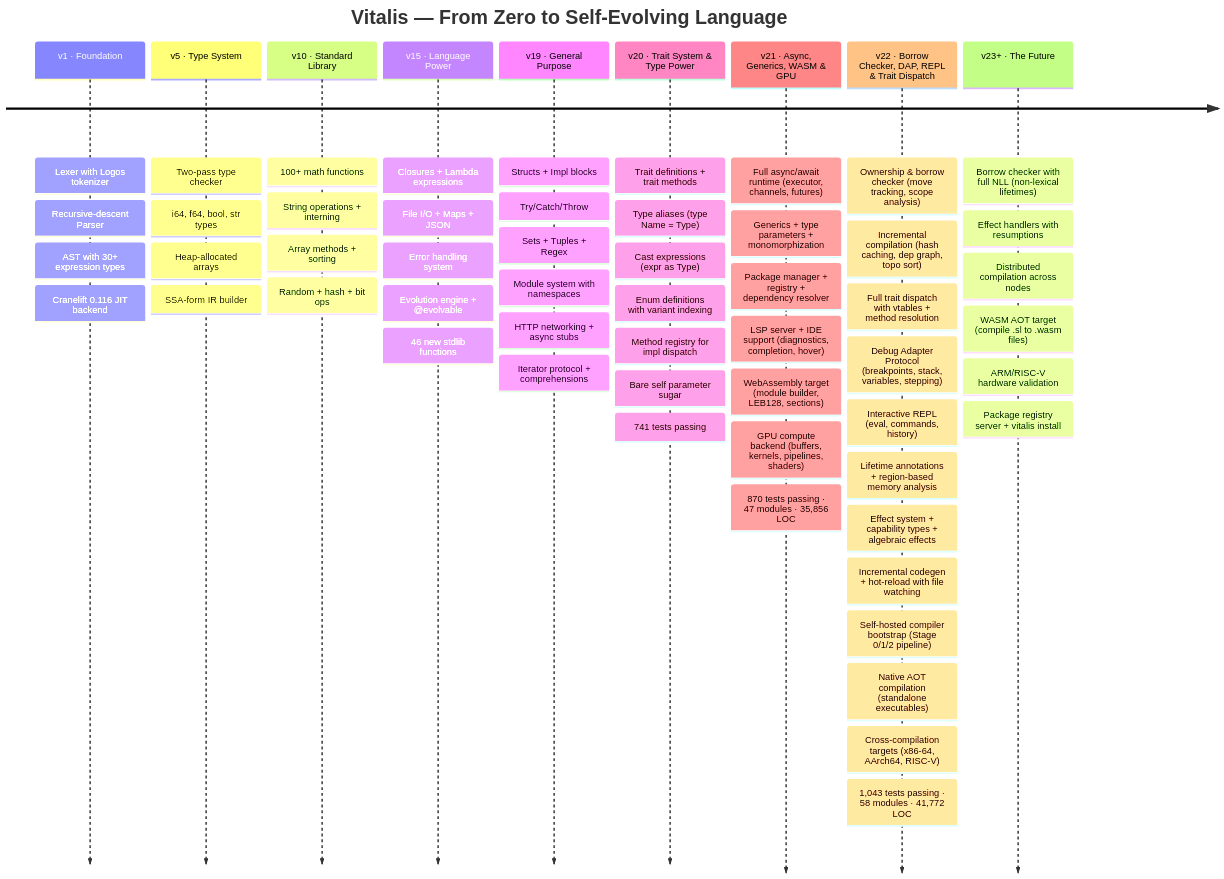
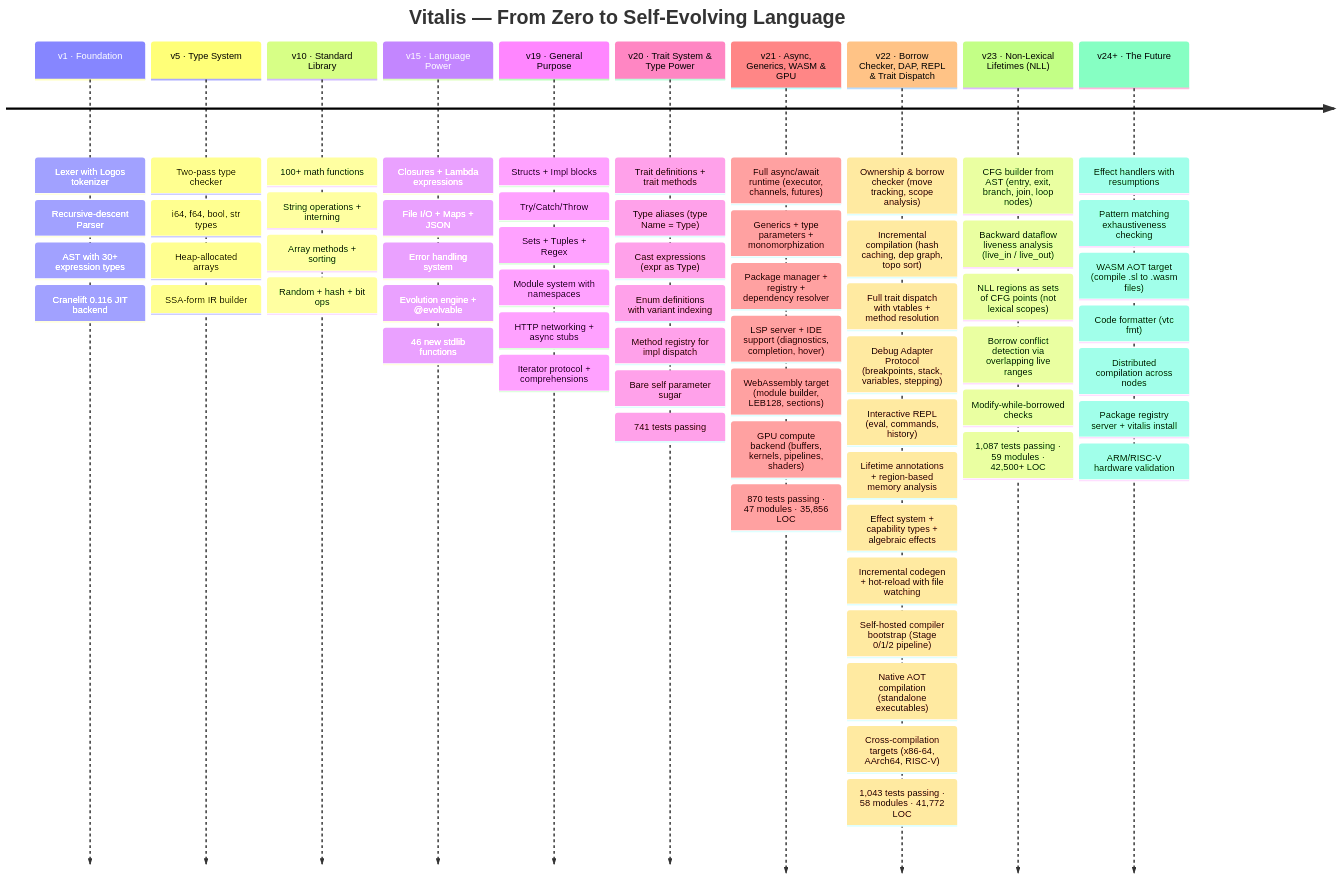
The seventh of 7 diagrams in README.md (ModernOps888/vitalis), drawn with Mermaid before and after one commit. The commit also changed other lines of this file and 9 other files, not shown here.

First line of the commit message:
v23.0.0: Non-Lexical Lifetimes (NLL) — CFG-based borrow analysis

````diff
--- a/README.md
+++ b/README.md
@@ -1057,11 +1059,20 @@
         : Cross-compilation targets (x86-64, AArch64, RISC-V)
         : 1,043 tests passing · 58 modules · 41,772 LOC
 
-    v23+ · The Future
-        : Borrow checker with full NLL (non-lexical lifetimes)
+    v23 · Non-Lexical Lifetimes (NLL)
+        : CFG builder from AST (entry, exit, branch, join, loop nodes)
+        : Backward dataflow liveness analysis (live_in / live_out)
+        : NLL regions as sets of CFG points (not lexical scopes)
+        : Borrow conflict detection via overlapping live ranges
+        : Modify-while-borrowed checks
+        : 1,087 tests passing · 59 modules · 42,500+ LOC
+
+    v24+ · The Future
         : Effect handlers with resumptions
+        : Pattern matching exhaustiveness checking
+        : WASM AOT target (compile .sl to .wasm files)
+        : Code formatter (vtc fmt)
         : Distributed compilation across nodes
-        : WASM AOT target (compile .sl to .wasm files)
+        : Package registry server + vitalis install
         : ARM/RISC-V hardware validation
-        : Package registry server + vitalis install
 ```
````
